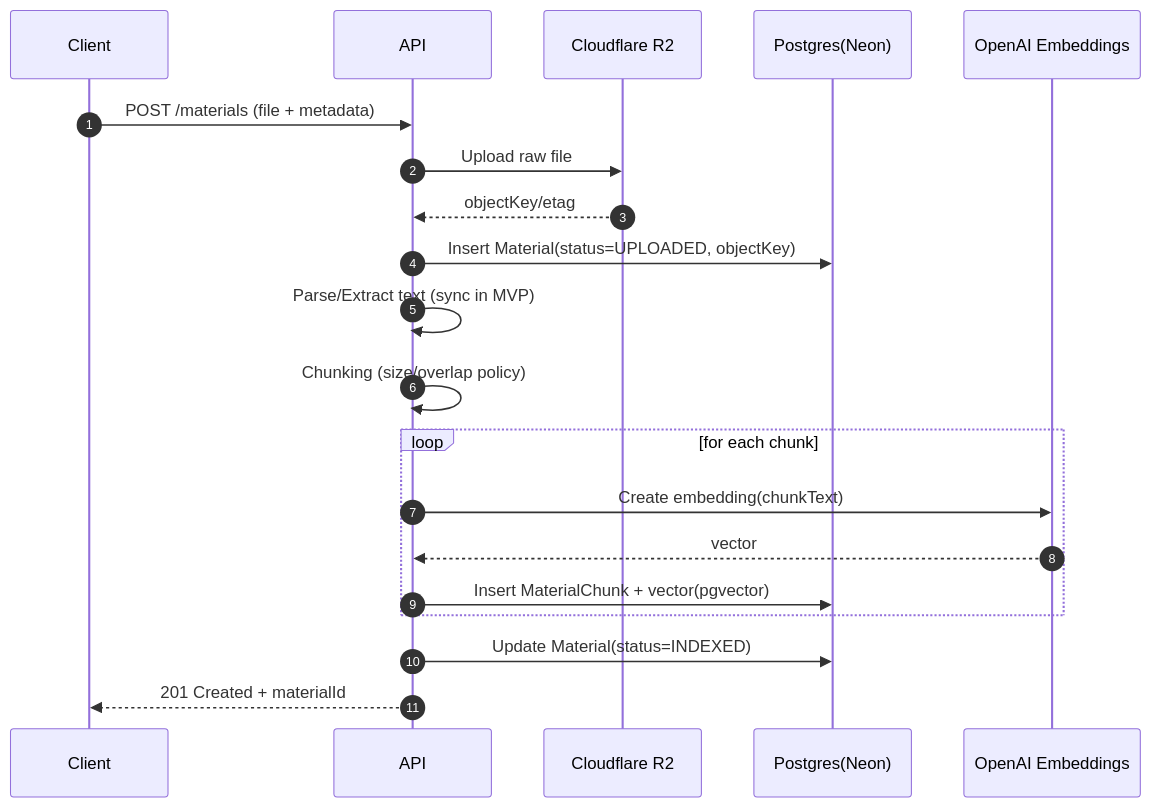
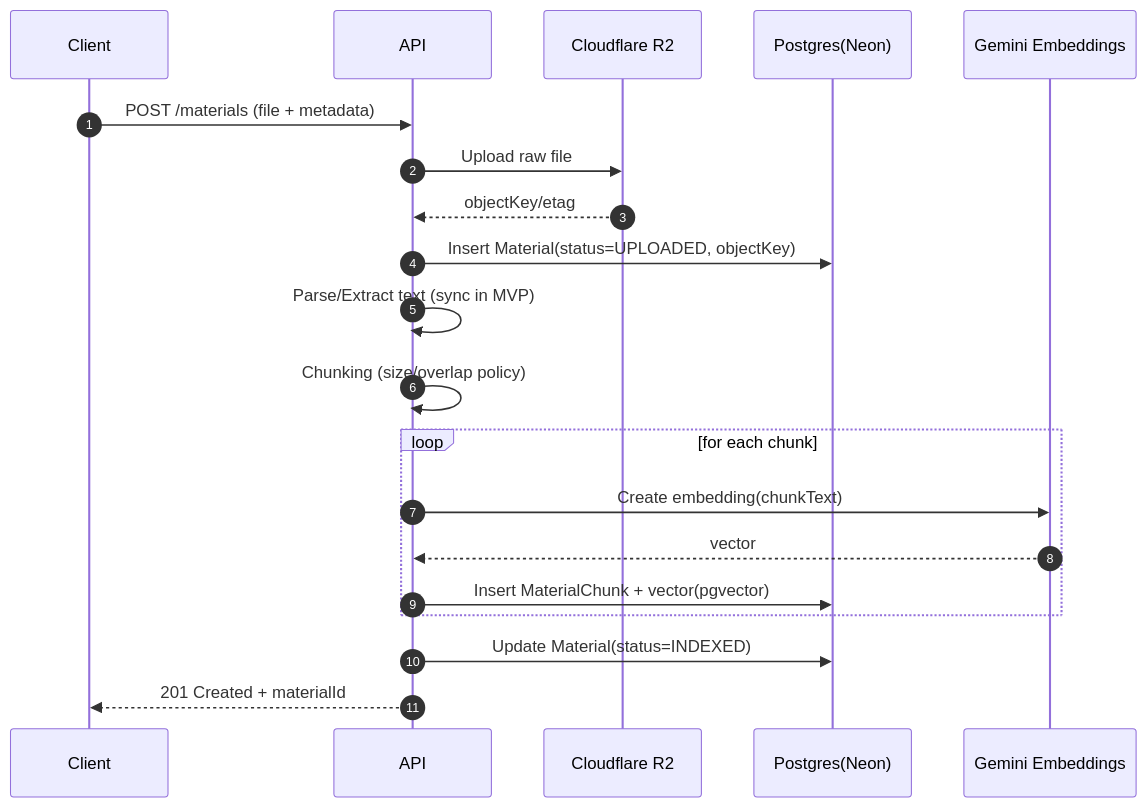
Before and after one commit to qaws7791/turbo-hono-next: the third of 7 diagrams in docs/04-engineering/architecture.md, drawn with Mermaid. The commit also changed other lines of this file and 49 other files, not shown here.

````diff
--- a/docs/04-engineering/architecture.md
+++ b/docs/04-engineering/architecture.md
@@ -168,25 +168,25 @@
 ```mermaid
 sequenceDiagram
   autonumber
   participant Client
   participant API
   participant R2 as Cloudflare R2
   participant DB as Postgres(Neon)
-  participant Emb as OpenAI Embeddings
+  participant Emb as Gemini Embeddings
 
   Client->>API: POST /materials (file + metadata)
   API->>R2: Upload raw file
   R2-->>API: objectKey/etag
 
   API->>DB: Insert Material(status=UPLOADED, objectKey)
   API->>API: Parse/Extract text (sync in MVP)
   API->>API: Chunking (size/overlap policy)
   loop for each chunk
     API->>Emb: Create embedding(chunkText)
     Emb-->>API: vector
     API->>DB: Insert MaterialChunk + vector(pgvector)
   end
 
   API->>DB: Update Material(status=INDEXED)
   API-->>Client: 201 Created + materialId
 ```
````
